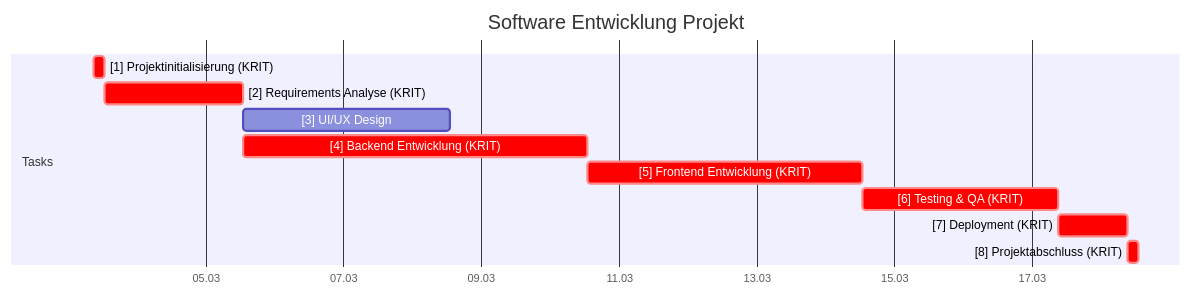
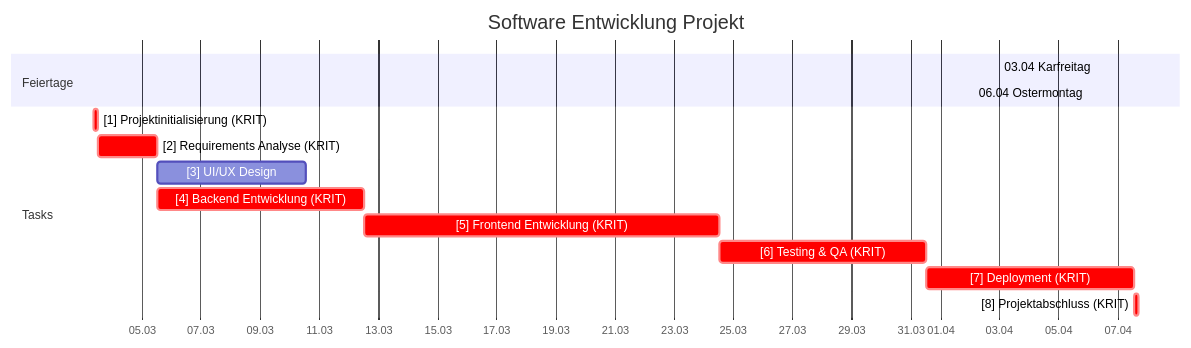
The second of 6 diagrams in doc/result_examples/software_simple.md (mistamichael/sproject), drawn with Mermaid before and after one commit. The commit also changed other lines of this file and 48 other files, not shown here.

````diff
--- a/doc/result_examples/software_simple.md
+++ b/doc/result_examples/software_simple.md
@@ -79,17 +79,19 @@
 ```mermaid
 gantt
     title Software Entwicklung Projekt
     dateFormat  YYYY-MM-DD HH:mm
     axisFormat  %d.%m
 
     section Feiertage
+    03.04 Karfreitag :crit, 2026-04-03, 2026-04-03
+    06.04 Ostermontag :crit, 2026-04-06, 2026-04-06
     section Tasks
     [1] Projektinitialisierung (KRIT) :crit, 2026-03-03 09:00, 2026-03-03 13:00
     [2] Requirements Analyse (KRIT) :crit, 2026-03-03 13:00, 2026-03-05 13:00
-    [3] UI/UX Design :2026-03-05 13:00, 2026-03-08 13:00
-    [4] Backend Entwicklung (KRIT) :crit, 2026-03-05 13:00, 2026-03-10 13:00
-    [5] Frontend Entwicklung (KRIT) :crit, 2026-03-10 13:00, 2026-03-14 13:00
-    [6] Testing & QA (KRIT) :crit, 2026-03-14 13:00, 2026-03-17 09:00
-    [7] Deployment (KRIT) :crit, 2026-03-17 09:00, 2026-03-18 09:00
-    [8] Projektabschluss (KRIT) :crit, 2026-03-18 09:00, 2026-03-18 13:00
+    [3] UI/UX Design :2026-03-05 13:00, 2026-03-10 13:00
+    [4] Backend Entwicklung (KRIT) :crit, 2026-03-05 13:00, 2026-03-12 13:00
+    [5] Frontend Entwicklung (KRIT) :crit, 2026-03-12 13:00, 2026-03-24 13:00
+    [6] Testing & QA (KRIT) :crit, 2026-03-24 13:00, 2026-03-31 13:00
+    [7] Deployment (KRIT) :crit, 2026-03-31 13:00, 2026-04-07 13:00
+    [8] Projektabschluss (KRIT) :crit, 2026-04-07 13:00, 2026-04-07 17:00
 ```
````
